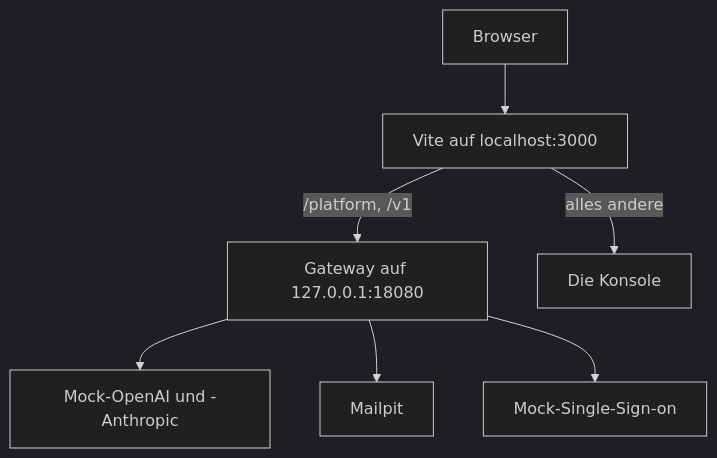
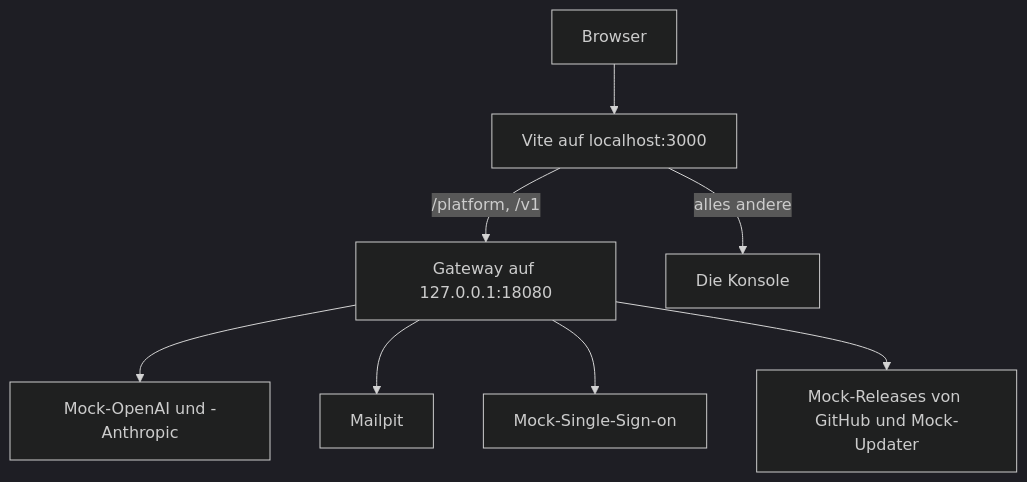
The diagram in apps/docs/content/de/development/local-setup.md (logicplanes/kaeso), drawn with Mermaid (dark theme) before and after one commit. The commit also changed other lines of this file and 137 other files, not shown here.

First line of the commit message:
Check for Kaeso releases and update an install in one click through an opt-in updater

````diff
--- a/apps/docs/content/de/development/local-setup.md
+++ b/apps/docs/content/de/development/local-setup.md
@@ -86,11 +87,12 @@
 ```mermaid
 flowchart TD
   accTitle: Der Entwicklungs-Stack
-  accDescr: Der Browser öffnet Vite auf localhost:3000; Vite leitet /platform und /v1 an das Gateway auf 127.0.0.1:18080 weiter und liefert für alles andere die Konsole aus. Das Gateway ruft die Mock-Anbieter, Mailpit und den Mock-Identitätsanbieter auf.
+  accDescr: Der Browser öffnet Vite auf localhost:3000; Vite leitet /platform und /v1 an das Gateway auf 127.0.0.1:18080 weiter und liefert für alles andere die Konsole aus. Das Gateway ruft die Mock-Anbieter, Mailpit, den Mock-Identitätsanbieter und die Mock-Releases mit dem Mock-Updater auf.
   browser[Browser] --> vite[Vite auf localhost:3000]
   vite -- /platform, /v1 --> gateway[Gateway auf 127.0.0.1:18080]
   vite -- alles andere --> console[Die Konsole]
   gateway --> provider[Mock-OpenAI und -Anthropic]
   gateway --> mail[Mailpit]
   gateway --> idp[Mock-Single-Sign-on]
+  gateway --> releases[Mock-Releases von GitHub und Mock-Updater]
 ```
````
